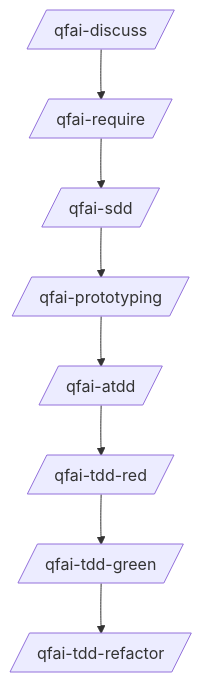
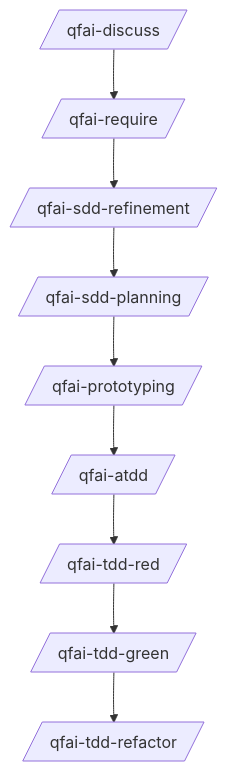
One commit to aganesy/QFAI changed the diagram in packages/qfai/assets/init/.qfai/README.md. Above: the diagram before and after it, drawn with Mermaid. The commit also changed other lines of this file and 10 other files, not shown here.

Commit message:
feat(sdd): add preflight split skills and import-lite flow

````diff
--- a/packages/qfai/assets/init/.qfai/README.md
+++ b/packages/qfai/assets/init/.qfai/README.md
@@ -15,10 +15,11 @@
 ```mermaid
 flowchart TD
   A[/qfai-discuss/] --> B[/qfai-require/]
-  B --> C[/qfai-sdd/]
-  C --> D[/qfai-prototyping/]
-  D --> E[/qfai-atdd/]
-  E --> F[/qfai-tdd-red/]
-  F --> G[/qfai-tdd-green/]
-  G --> H[/qfai-tdd-refactor/]
+  B --> C[/qfai-sdd-refinement/]
+  C --> D[/qfai-sdd-planning/]
+  D --> E[/qfai-prototyping/]
+  E --> F[/qfai-atdd/]
+  F --> G[/qfai-tdd-red/]
+  G --> H[/qfai-tdd-green/]
+  H --> I[/qfai-tdd-refactor/]
 ```
````
